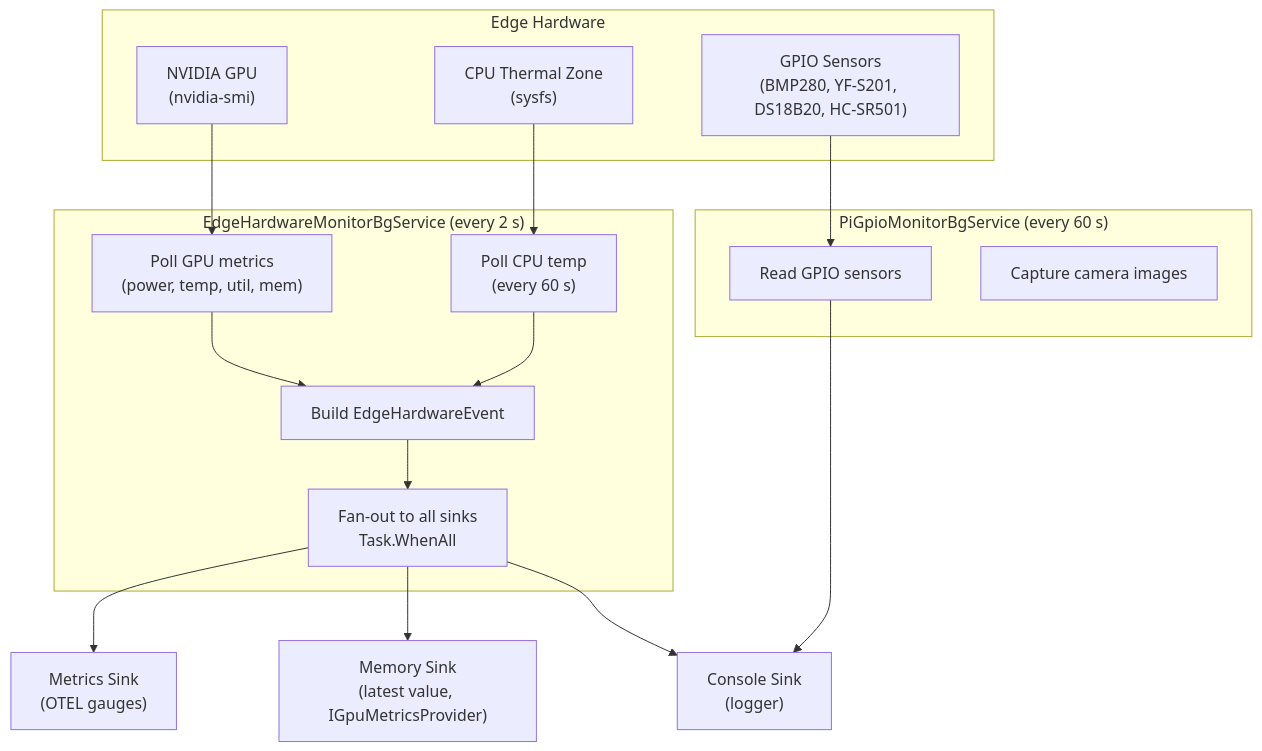
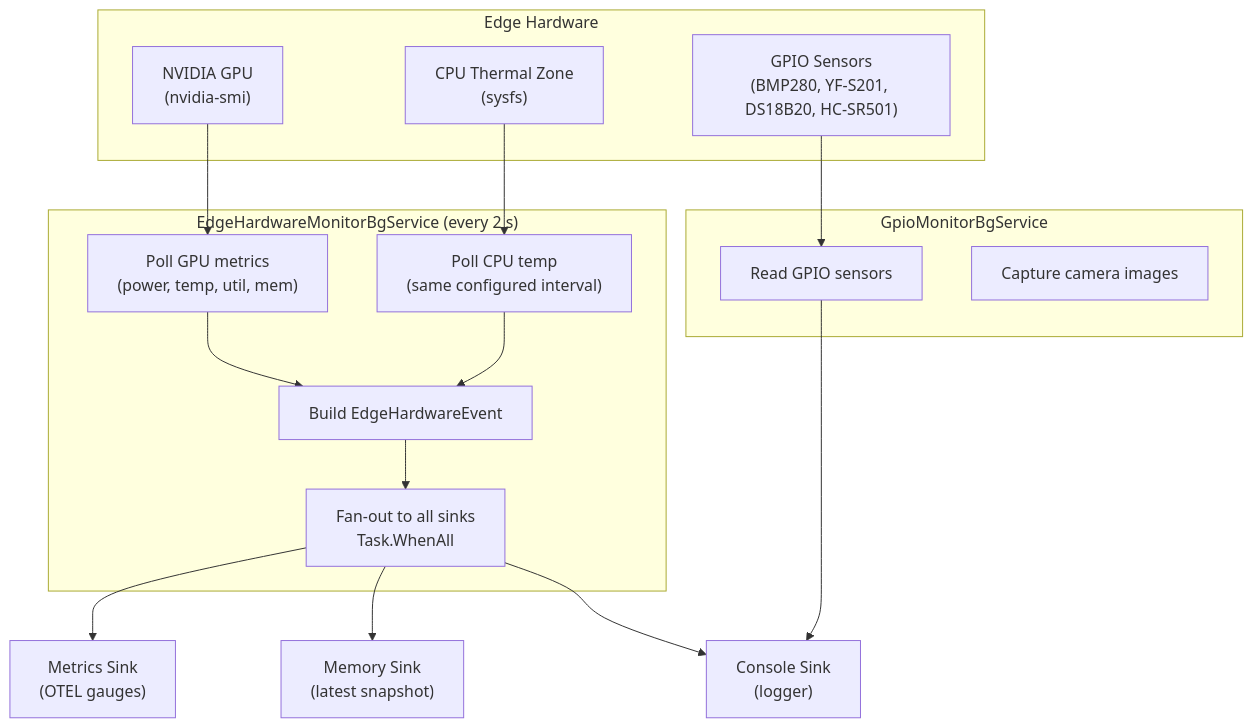
One commit to f2calv/SmartHaus changed the diagram in src/CasCap.Api.EdgeHardware/README.md. Above: the diagram before and after it, drawn with Mermaid. The commit also changed other lines of this file and 34 other files, not shown here.

````diff
--- a/src/CasCap.Api.EdgeHardware/README.md
+++ b/src/CasCap.Api.EdgeHardware/README.md
@@ -45,36 +65,36 @@
 ```mermaid
 flowchart TD
     subgraph Hardware["Edge Hardware"]
         GPU["NVIDIA GPU<br/>(nvidia-smi)"]
         CPU["CPU Thermal Zone<br/>(sysfs)"]
         GPIO_SENSORS["GPIO Sensors<br/>(BMP280, YF-S201, DS18B20, HC-SR501)"]
     end
 
     subgraph EdgeMonitor["EdgeHardwareMonitorBgService (every 2 s)"]
         POLL_GPU["Poll GPU metrics<br/>(power, temp, util, mem)"]
-        POLL_CPU["Poll CPU temp<br/>(every 60 s)"]
+        POLL_CPU["Poll CPU temp<br/>(same configured interval)"]
         BUILD["Build EdgeHardwareEvent"]
         DISPATCH["Fan-out to all sinks<br/>Task.WhenAll"]
     end
 
-    subgraph PiMonitor["PiGpioMonitorBgService (every 60 s)"]
+    subgraph PiMonitor["GpioMonitorBgService"]
         READ_SENSORS["Read GPIO sensors"]
         CAPTURE["Capture camera images"]
     end
 
     SINK_CONSOLE["Console Sink<br/>(logger)"]
-    SINK_MEMORY["Memory Sink<br/>(latest value, IGpuMetricsProvider)"]
+    SINK_MEMORY["Memory Sink<br/>(latest snapshot)"]
     SINK_METRICS["Metrics Sink<br/>(OTEL gauges)"]
 
     GPU --> POLL_GPU
     CPU --> POLL_CPU
     POLL_GPU --> BUILD
     POLL_CPU --> BUILD
     BUILD --> DISPATCH
     DISPATCH --> SINK_CONSOLE
     DISPATCH --> SINK_MEMORY
     DISPATCH --> SINK_METRICS
 
     GPIO_SENSORS --> READ_SENSORS
     READ_SENSORS --> SINK_CONSOLE
 ```
````
